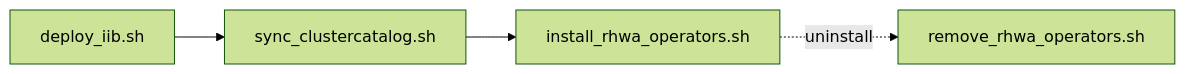
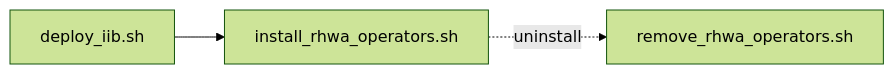
The diagram in docs/rhwa_cluster_setup_workflow.md (medik8s/tools), drawn with Mermaid (forest theme) before and after one commit. The commit also changed other lines of this file and 3 other files, not shown here.

First line of the commit message:
Remove sync_clustercatalog_from_catalogsource.sh

````diff
--- a/docs/rhwa_cluster_setup_workflow.md
+++ b/docs/rhwa_cluster_setup_workflow.md
@@ -7,6 +7,5 @@
 ```mermaid
 flowchart LR
-  A[deploy_iib.sh] --> B[sync_clustercatalog.sh]
-  B --> C[install_rhwa_operators.sh]
-  C -.->|uninstall| D[remove_rhwa_operators.sh]
+  A[deploy_iib.sh] --> B[install_rhwa_operators.sh]
+  B -.->|uninstall| C[remove_rhwa_operators.sh]
 ```
````
